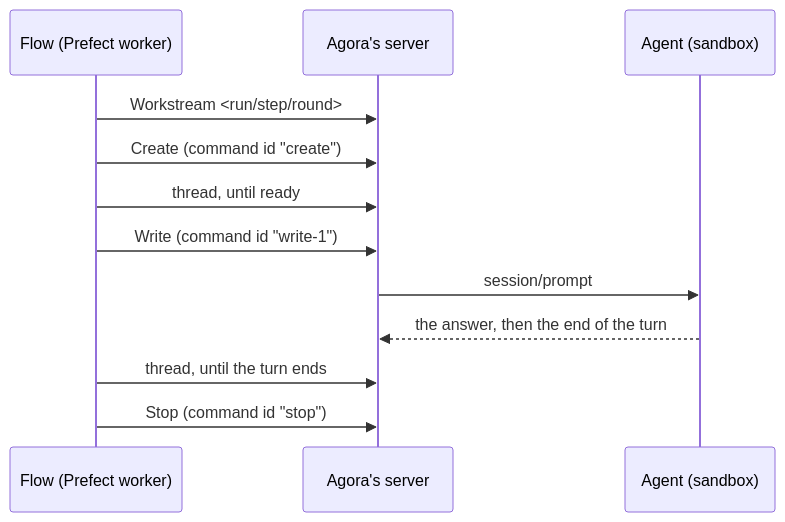
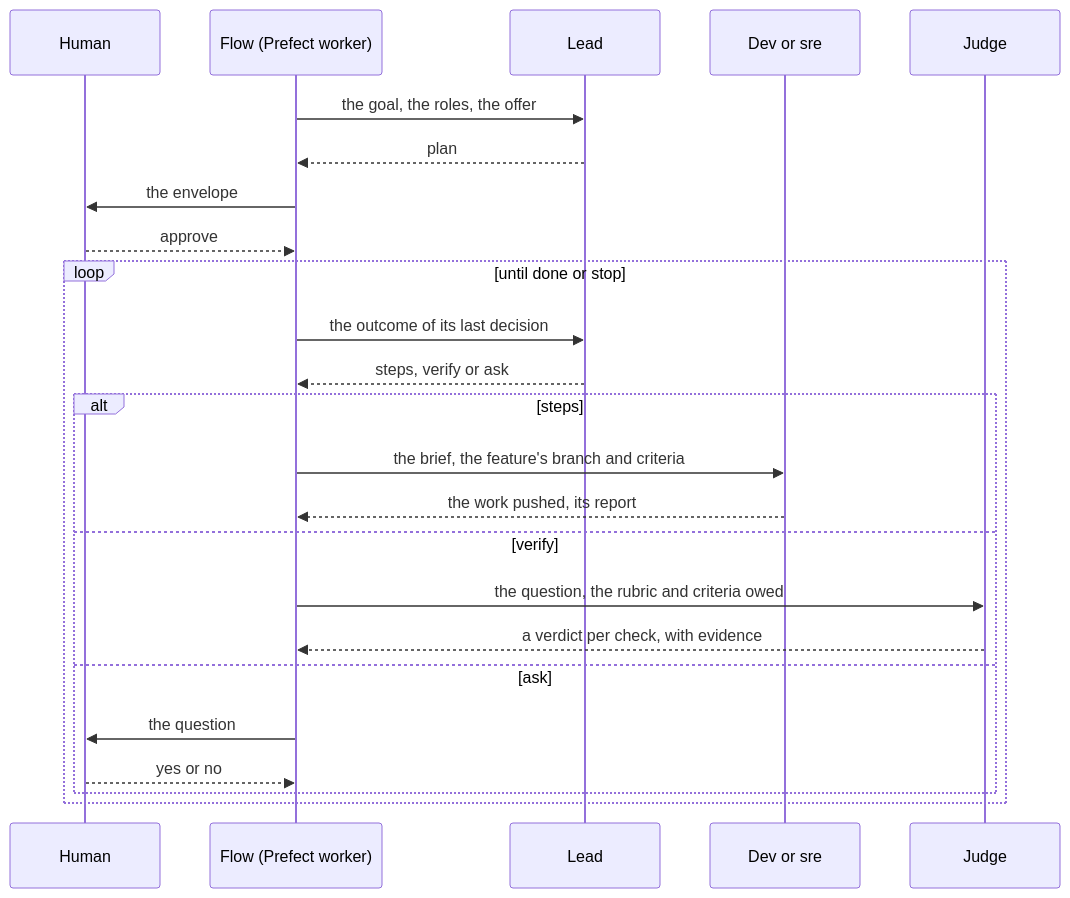
Before and after one commit to arnaultbretagne/agora: the diagram in docs/architecture/flows.md, drawn with Mermaid. The commit also changed other lines of this file and 3 other files, not shown here.

First line of the commit message:
docs(flows): the lead's run — spec, architecture, ADR, README

````diff
--- a/docs/architecture/flows.md
+++ b/docs/architecture/flows.md
@@ -25,14 +33,26 @@
 ```mermaid
 sequenceDiagram
+    participant Human
     participant Flow as Flow (Prefect worker)
-    participant Server as Agora's server
-    participant Agent as Agent (sandbox)
-    Flow->>Server: Workstream <run/step/round>
-    Flow->>Server: Create (command id "create")
-    Flow->>Server: thread, until ready
-    Flow->>Server: Write (command id "write-1")
-    Server->>Agent: session/prompt
-    Agent-->>Server: the answer, then the end of the turn
-    Flow->>Server: thread, until the turn ends
-    Flow->>Server: Stop (command id "stop")
+    participant Lead
+    participant Member as Dev or sre
+    participant Judge
+    Flow->>Lead: the goal, the roles, the offer
+    Lead-->>Flow: plan
+    Flow->>Human: the envelope
+    Human-->>Flow: approve
+    loop until done or stop
+        Flow->>Lead: the outcome of its last decision
+        Lead-->>Flow: steps, verify or ask
+        alt steps
+            Flow->>Member: the brief, the feature's branch and criteria
+            Member-->>Flow: the work pushed, its report
+        else verify
+            Flow->>Judge: the question, the rubric and criteria owed
+            Judge-->>Flow: a verdict per check, with evidence
+        else ask
+            Flow->>Human: the question
+            Human-->>Flow: yes or no
+        end
+    end
 ```
````
